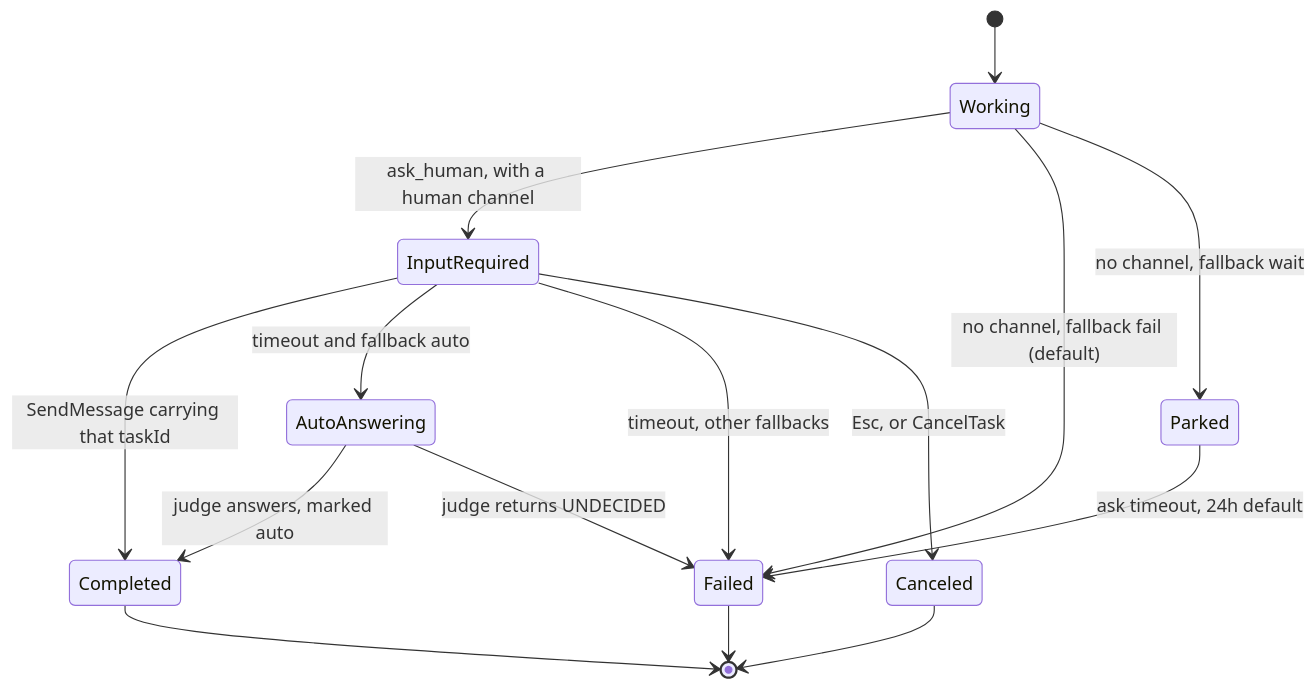
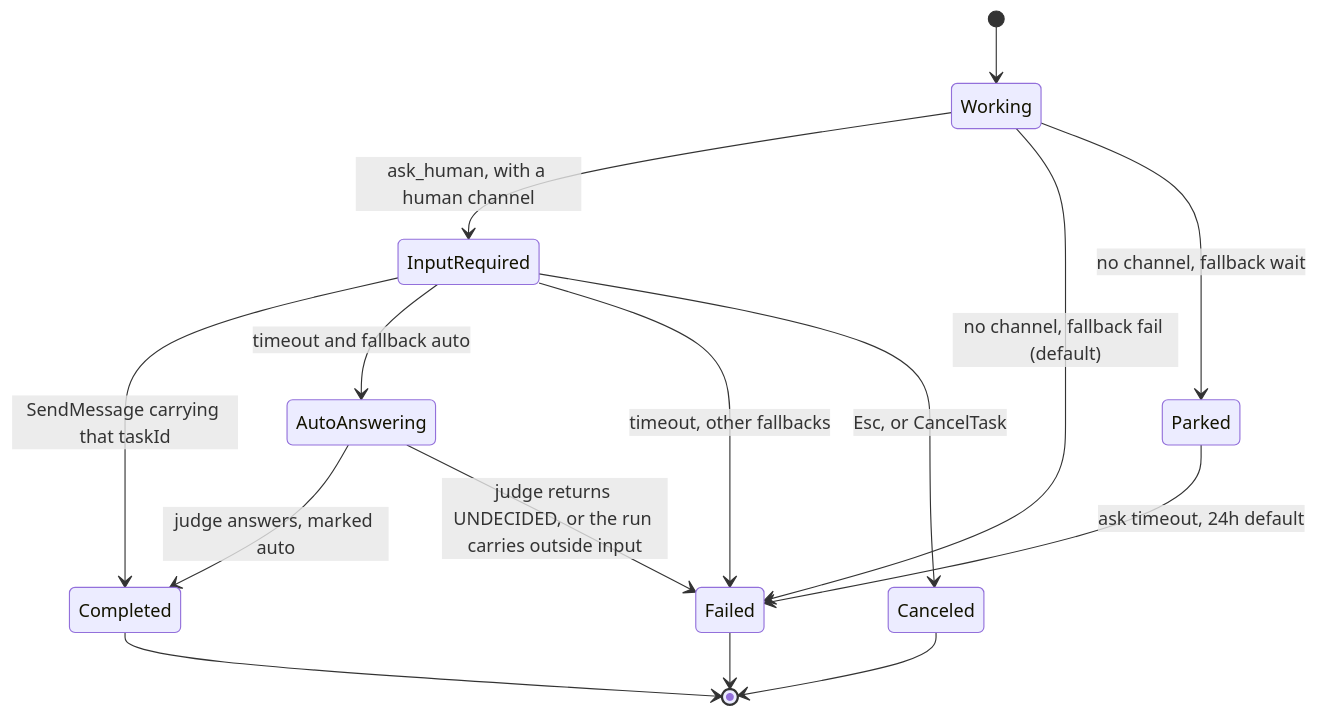
Before and after one commit to agentd-dev/source-code: the third of 3 diagrams in docs/experience.md, drawn with Mermaid. The commit also changed other lines of this file and 19 other files, not shown here.

````diff
--- a/docs/experience.md
+++ b/docs/experience.md
@@ -390,17 +390,17 @@
 ```mermaid
 stateDiagram-v2
   [*] --> Working
   Working --> InputRequired: ask_human, with a human channel
   Working --> Failed: no channel, fallback fail (default)
   Working --> Parked: no channel, fallback wait
   Parked --> Failed: ask timeout, 24h default
   InputRequired --> Completed: SendMessage carrying that taskId
   InputRequired --> AutoAnswering: timeout and fallback auto
   InputRequired --> Failed: timeout, other fallbacks
   AutoAnswering --> Completed: judge answers, marked auto
-  AutoAnswering --> Failed: judge returns UNDECIDED
+  AutoAnswering --> Failed: judge returns UNDECIDED, or the run carries outside input
   InputRequired --> Canceled: Esc, or CancelTask
   Completed --> [*]
   Failed --> [*]
   Canceled --> [*]
 ```
````
